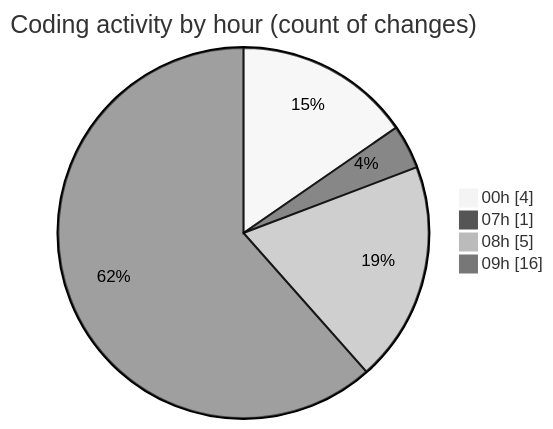
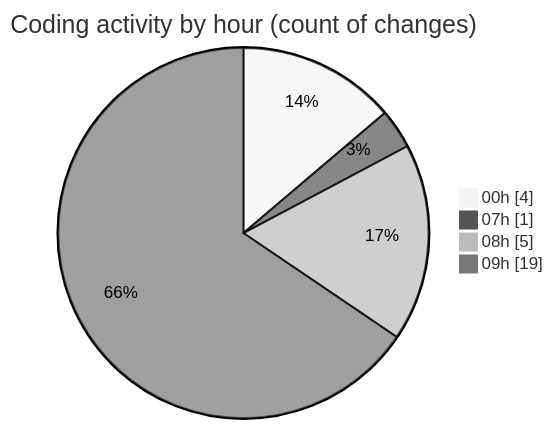
Before and after one commit to Elitesun/code-tracking: the second of 2 diagrams in 2025-05-08/niten/README.md, drawn with Mermaid (neutral theme). The commit also changed other lines of this file and 1 other file, not shown here.

````diff
--- a/2025-05-08/niten/README.md
+++ b/2025-05-08/niten/README.md
@@ -35,8 +35,8 @@
 ```mermaid
 pie showData
 title Coding activity by hour (count of changes)
 "00h" : 4
 "07h" : 1
 "08h" : 5
-"09h" : 16
+"09h" : 19
 ```
````
